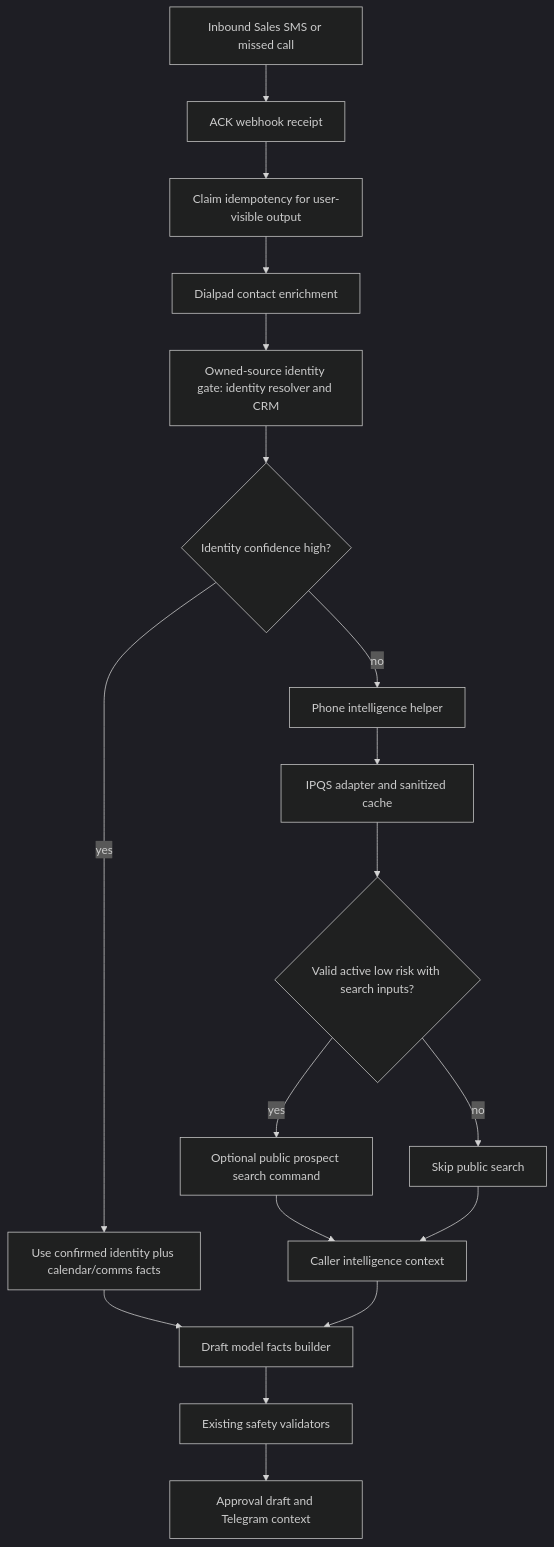
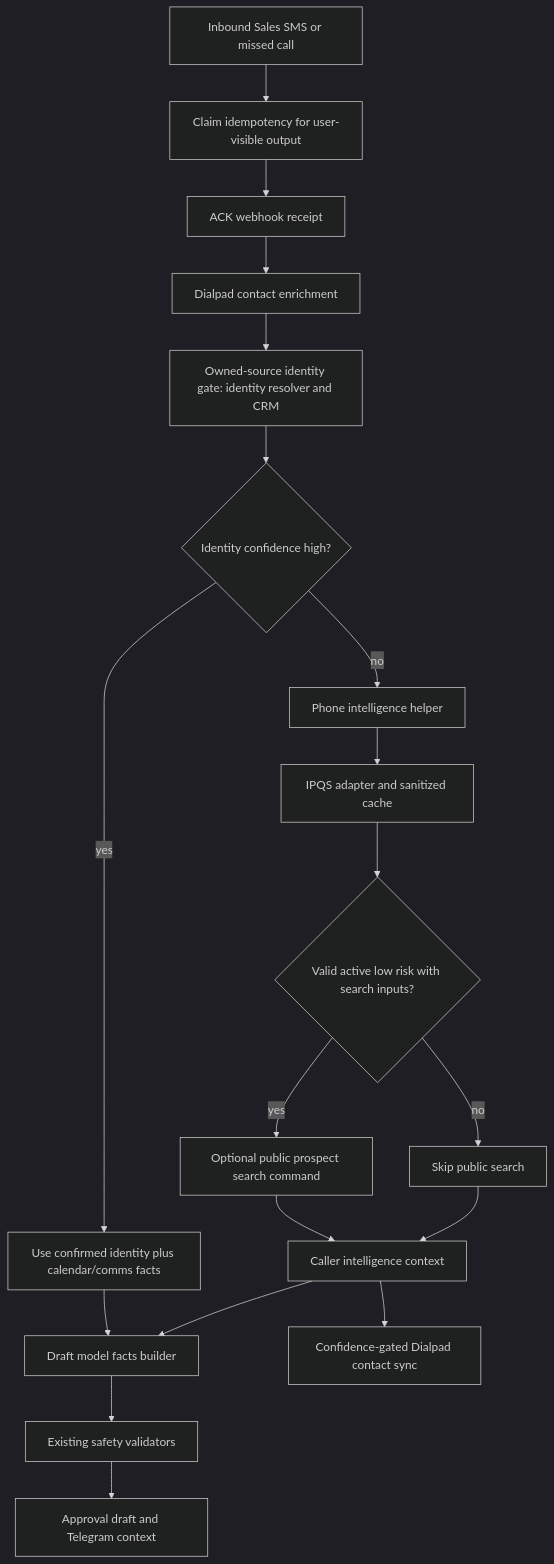
Before and after one commit to kesslerio/dialpad-openclaw-skill: the diagram in docs/plans/2026-06-23-001-feat-phone-validation-prospect-enrichment-plan.md, drawn with Mermaid (dark theme). The commit also changed other lines of this file and 1 other file, not shown here.

Commit message:
docs: address phone enrichment review

````diff
--- a/docs/plans/2026-06-23-001-feat-phone-validation-prospect-enrichment-plan.md
+++ b/docs/plans/2026-06-23-001-feat-phone-validation-prospect-enrichment-plan.md
@@ -183,20 +208,21 @@
 ```mermaid
 flowchart TD
-  A[Inbound Sales SMS or missed call] --> AA[ACK webhook receipt]
-  AA --> AB[Claim idempotency for user-visible output]
-  AB --> B[Dialpad contact enrichment]
+  A[Inbound Sales SMS or missed call] --> AB[Claim idempotency for user-visible output]
+  AB --> AA[ACK webhook receipt]
+  AA --> B[Dialpad contact enrichment]
   B --> C[Owned-source identity gate: identity resolver and CRM]
   C --> E{Identity confidence high?}
   E -- yes --> F[Use confirmed identity plus calendar/comms facts]
   E -- no --> G[Phone intelligence helper]
   G --> H[IPQS adapter and sanitized cache]
   H --> I{Valid active low risk with search inputs?}
   I -- yes --> J[Optional public prospect search command]
   I -- no --> K[Skip public search]
   J --> L[Caller intelligence context]
   K --> L
   F --> M[Draft model facts builder]
   L --> M
   M --> N[Existing safety validators]
   N --> O[Approval draft and Telegram context]
+  L --> P[Confidence-gated Dialpad contact sync]
 ```
````
